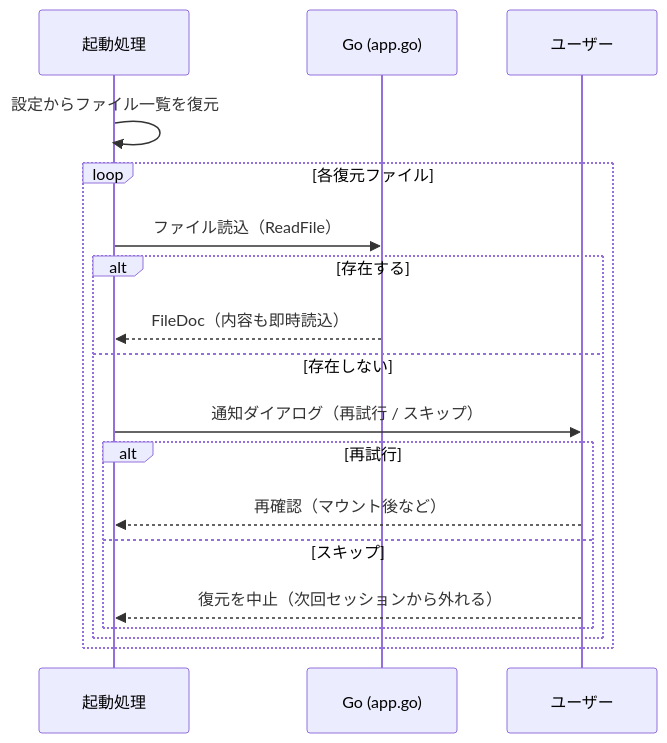
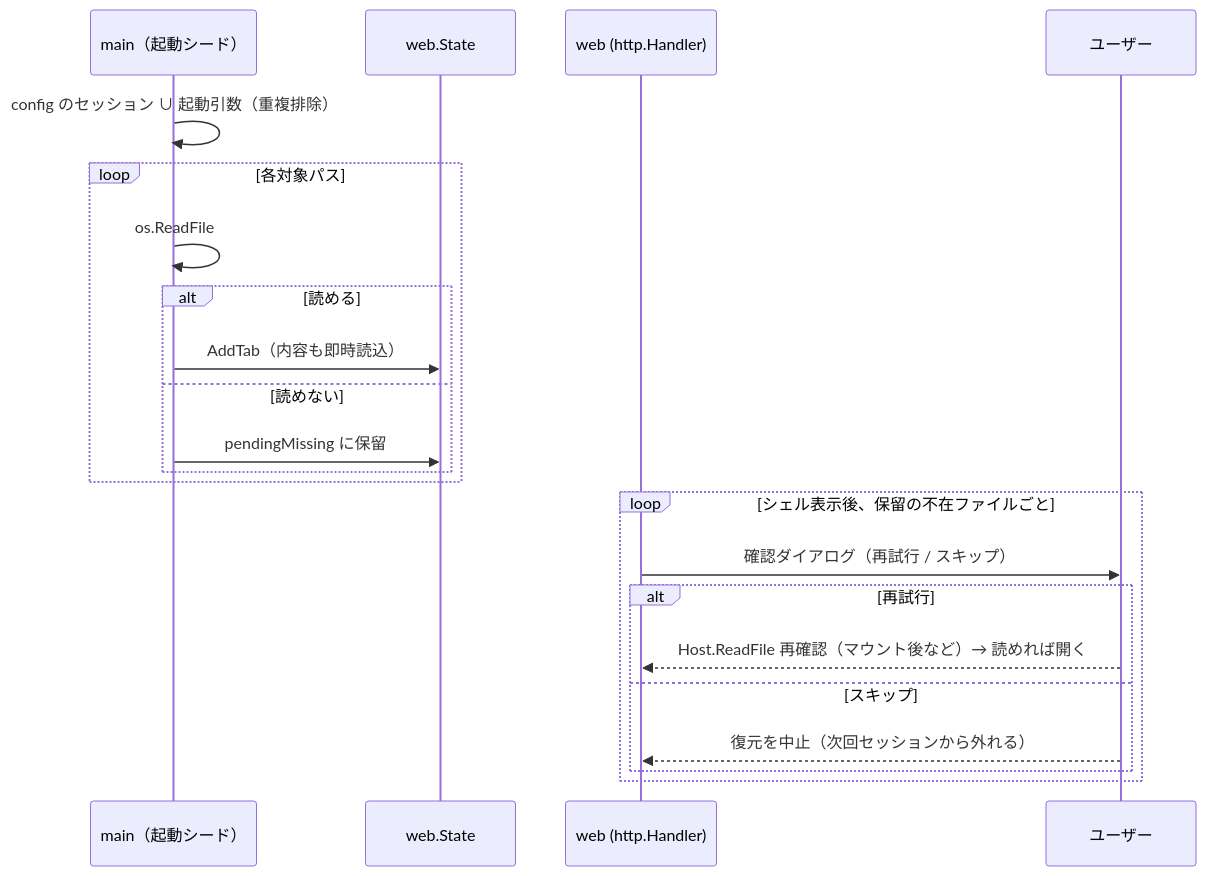
One commit to osakichi/Markmiru changed the third of 3 diagrams in docs/アーキテクチャ・画面設計.md. Above: the diagram before and after it, drawn with Mermaid. The commit also changed other lines of this file and 100 other files, not shown here.

Commit message:
Change base architecture to server-side rendering

````diff
--- a/docs/アーキテクチャ・画面設計.md
+++ b/docs/アーキテクチャ・画面設計.md
@@ -304,21 +351,25 @@
 ```mermaid
 sequenceDiagram
-  participant App as 起動処理
-  participant Go as Go (app.go)
+  participant Main as main（起動シード）
+  participant St as web.State
+  participant Web as web (http.Handler)
   participant U as ユーザー
 
-  App->>App: 設定からファイル一覧を復元
-  loop 各復元ファイル
-    App->>Go: ファイル読込（ReadFile）
-    alt 存在する
-      Go-->>App: FileDoc（内容も即時読込）
-    else 存在しない
-      App->>U: 通知ダイアログ（再試行 / スキップ）
-      alt 再試行
-        U-->>App: 再確認（マウント後など）
-      else スキップ
-        U-->>App: 復元を中止（次回セッションから外れる）
-      end
+  Main->>Main: config のセッション ∪ 起動引数（重複排除）
+  loop 各対象パス
+    Main->>Main: os.ReadFile
+    alt 読める
+      Main->>St: AddTab（内容も即時読込）
+    else 読めない
+      Main->>St: pendingMissing に保留
+    end
+  end
+  loop シェル表示後、保留の不在ファイルごと
+    Web->>U: 確認ダイアログ（再試行 / スキップ）
+    alt 再試行
+      U-->>Web: Host.ReadFile 再確認（マウント後など）→ 読めれば開く
+    else スキップ
+      U-->>Web: 復元を中止（次回セッションから外れる）
     end
   end
 ```
````
